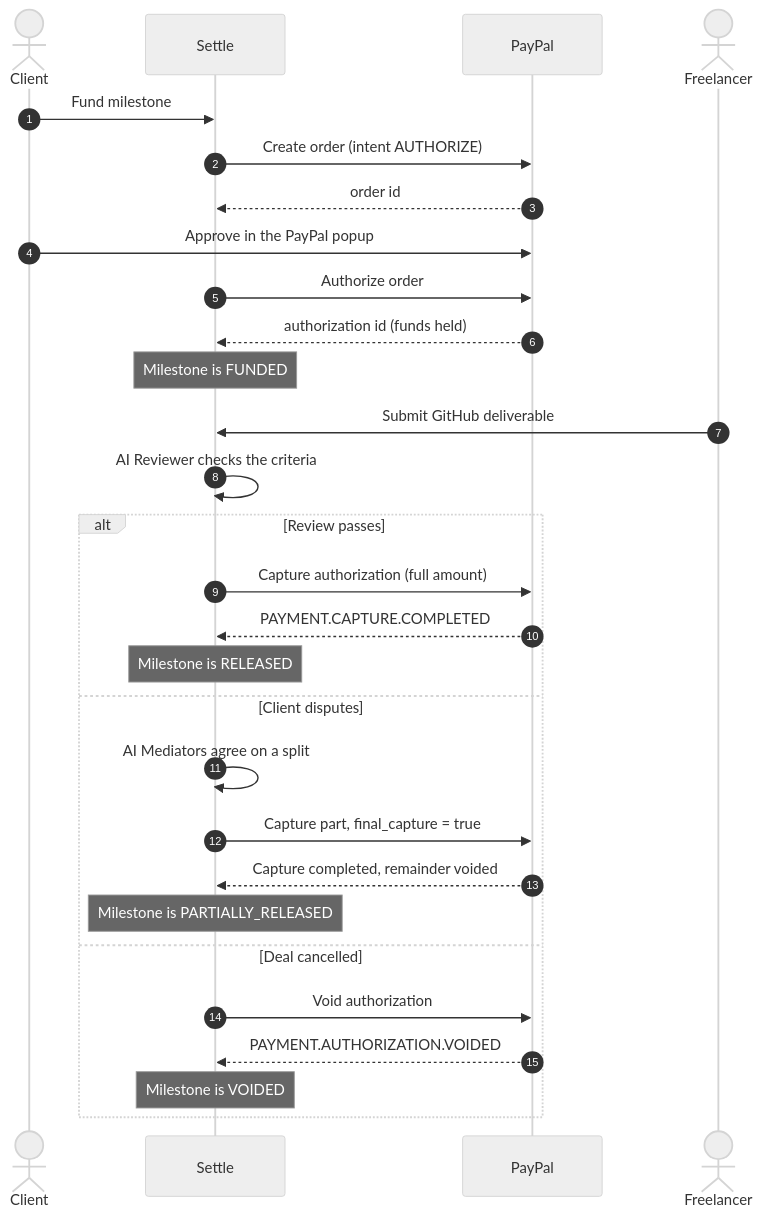
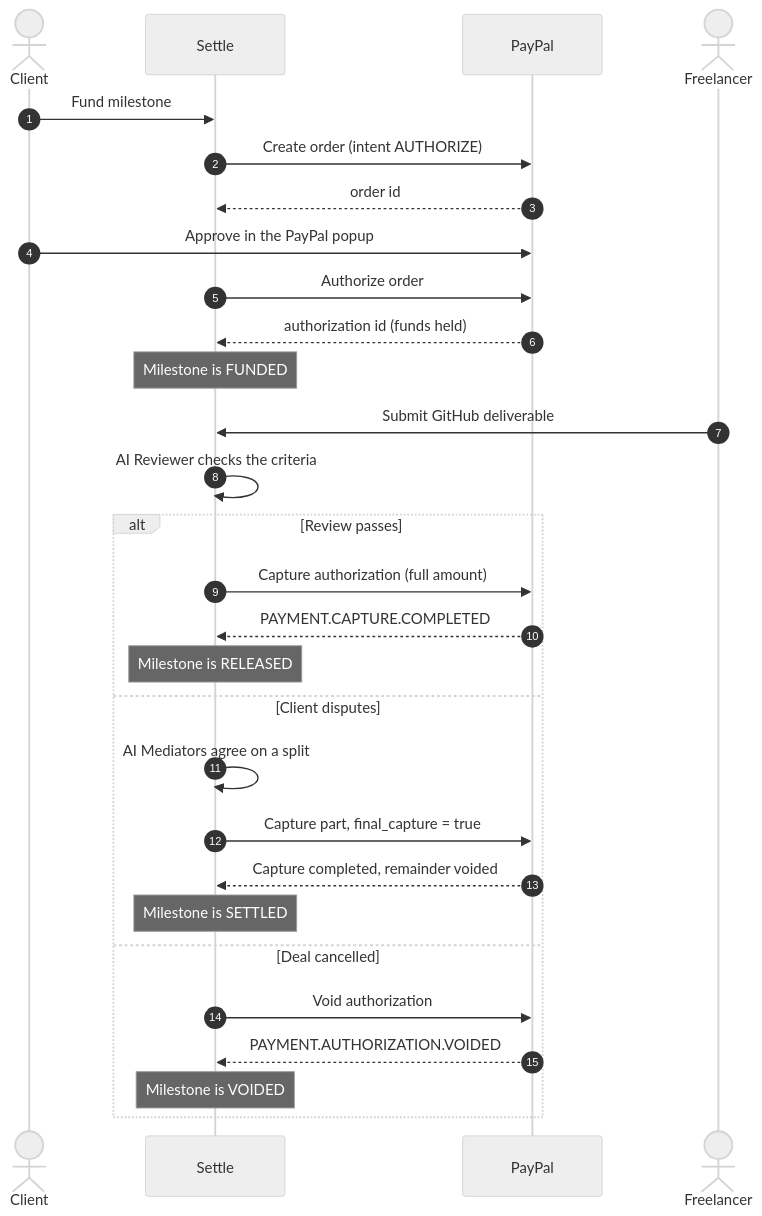
One commit to Mithul11/Settle changed the diagram in README.md. Above: the diagram before and after it, drawn with Mermaid (neutral theme). The commit also changed other lines of this file and 72 other files, not shown here.

````diff
--- a/README.md
+++ b/README.md
@@ -37,34 +38,34 @@
 ```mermaid
 sequenceDiagram
     autonumber
     actor C as Client
     participant S as Settle
     participant P as PayPal
     actor F as Freelancer
 
     C->>S: Fund milestone
     S->>P: Create order (intent AUTHORIZE)
     P-->>S: order id
     C->>P: Approve in the PayPal popup
     S->>P: Authorize order
     P-->>S: authorization id (funds held)
     Note over S: Milestone is FUNDED
 
     F->>S: Submit GitHub deliverable
     S->>S: AI Reviewer checks the criteria
 
     alt Review passes
         S->>P: Capture authorization (full amount)
         P-->>S: PAYMENT.CAPTURE.COMPLETED
         Note over S: Milestone is RELEASED
     else Client disputes
         S->>S: AI Mediators agree on a split
         S->>P: Capture part, final_capture = true
         P-->>S: Capture completed, remainder voided
-        Note over S: Milestone is PARTIALLY_RELEASED
+        Note over S: Milestone is SETTLED
     else Deal cancelled
         S->>P: Void authorization
         P-->>S: PAYMENT.AUTHORIZATION.VOIDED
         Note over S: Milestone is VOIDED
     end
 ```
````
